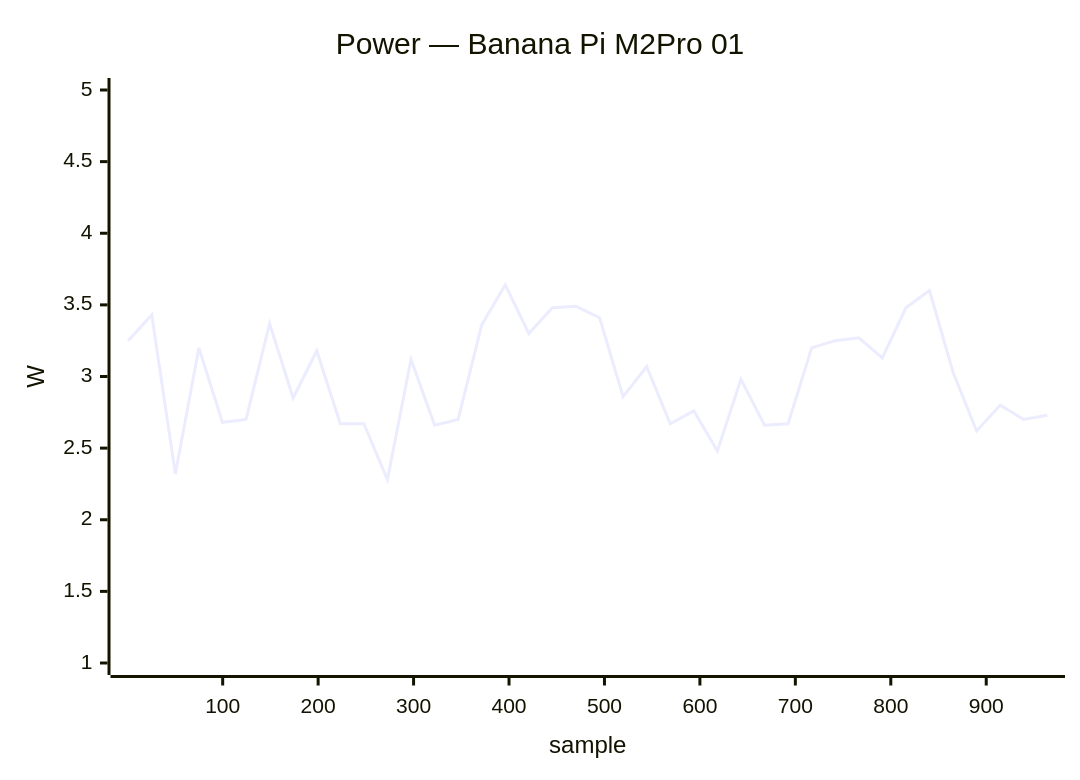
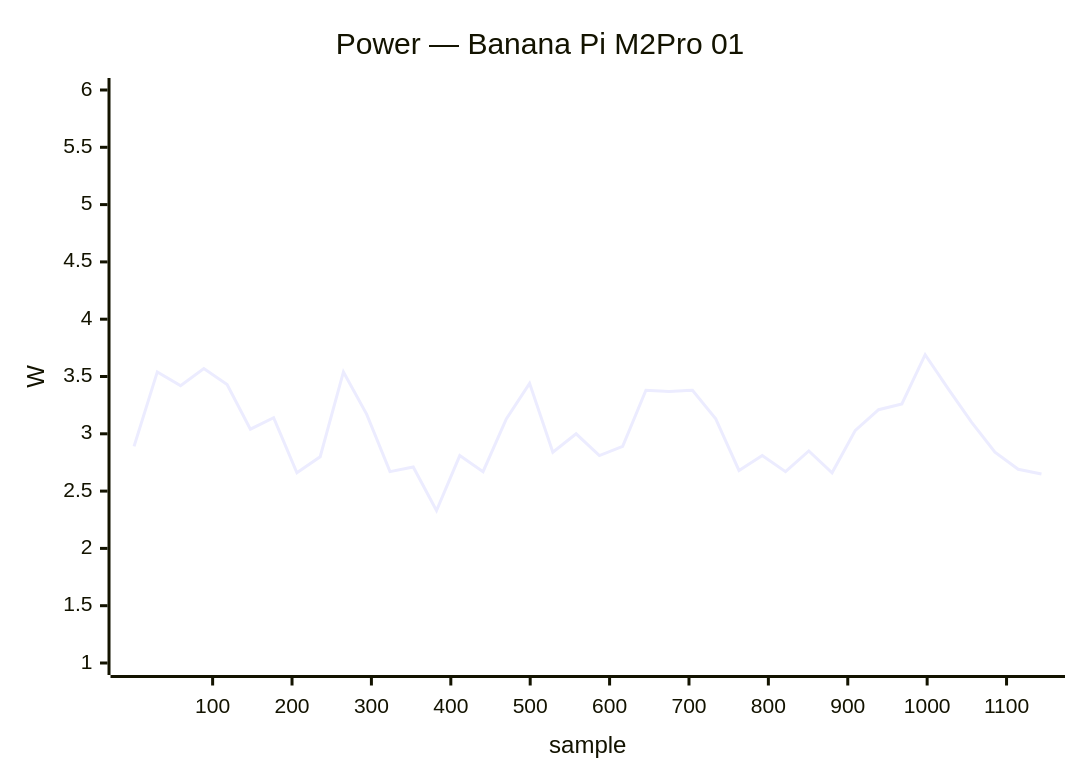
One commit to armbian/documentation changed the sixth of 41 diagrams in docs/status/board-tests.md. Above: the diagram before and after it, drawn with Mermaid. The commit also changed other lines of this file, not shown here.

````diff
--- a/docs/status/board-tests.md
+++ b/docs/status/board-tests.md
@@ -347,7 +252,7 @@
 ```mermaid
 xychart-beta
     title "Power — Banana Pi M2Pro 01"
-    x-axis "sample" 1 --> 964
-    y-axis "W" 1.0 --> 5.0
-    line [3.25, 3.43, 2.32, 3.20, 2.68, 2.70, 3.37, 2.85, 3.18, 2.67, 2.67, 2.28, 3.12, 2.66, 2.70, 3.36, 3.64, 3.30, 3.48, 3.49, 3.41, 2.86, 3.07, 2.67, 2.76, 2.48, 2.98, 2.66, 2.67, 3.20, 3.25, 3.27, 3.13, 3.48, 3.60, 3.03, 2.62, 2.80, 2.70, 2.73]
+    x-axis "sample" 1 --> 1144
+    y-axis "W" 1.0 --> 6.0
+    line [2.89, 3.54, 3.42, 3.57, 3.43, 3.04, 3.14, 2.66, 2.80, 3.54, 3.17, 2.67, 2.71, 2.33, 2.81, 2.67, 3.13, 3.44, 2.84, 3.00, 2.81, 2.89, 3.38, 3.37, 3.38, 3.13, 2.68, 2.81, 2.67, 2.85, 2.66, 3.03, 3.21, 3.26, 3.69, 3.39, 3.10, 2.84, 2.69, 2.65]
 ```
````
